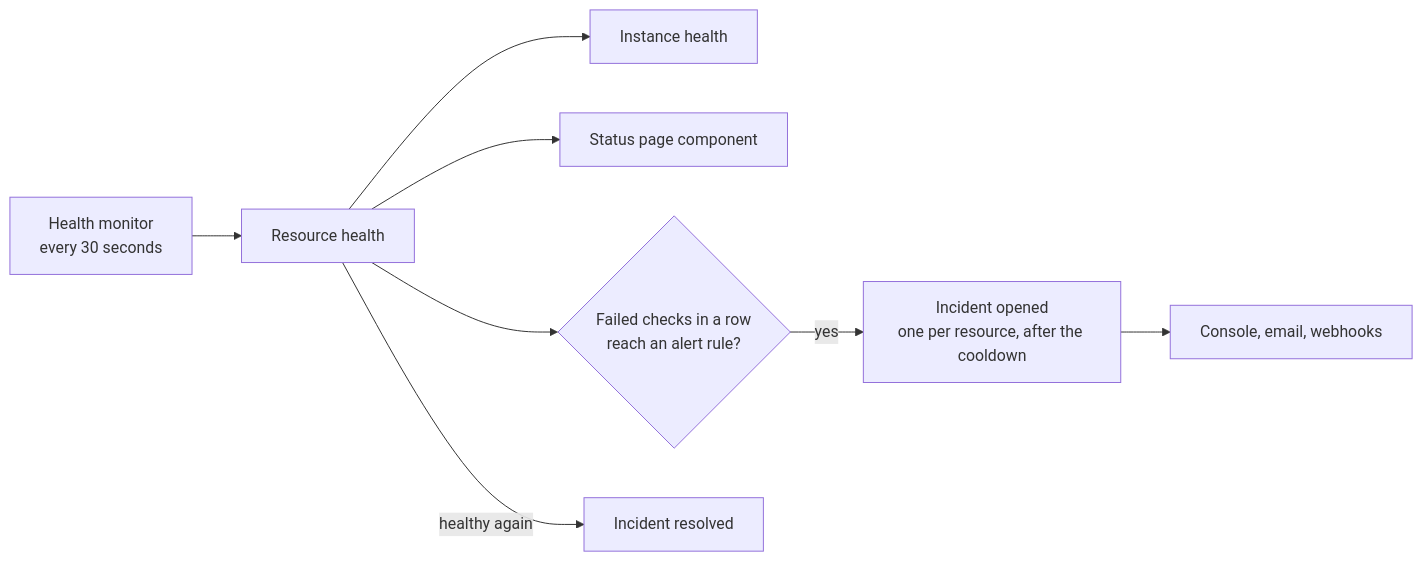
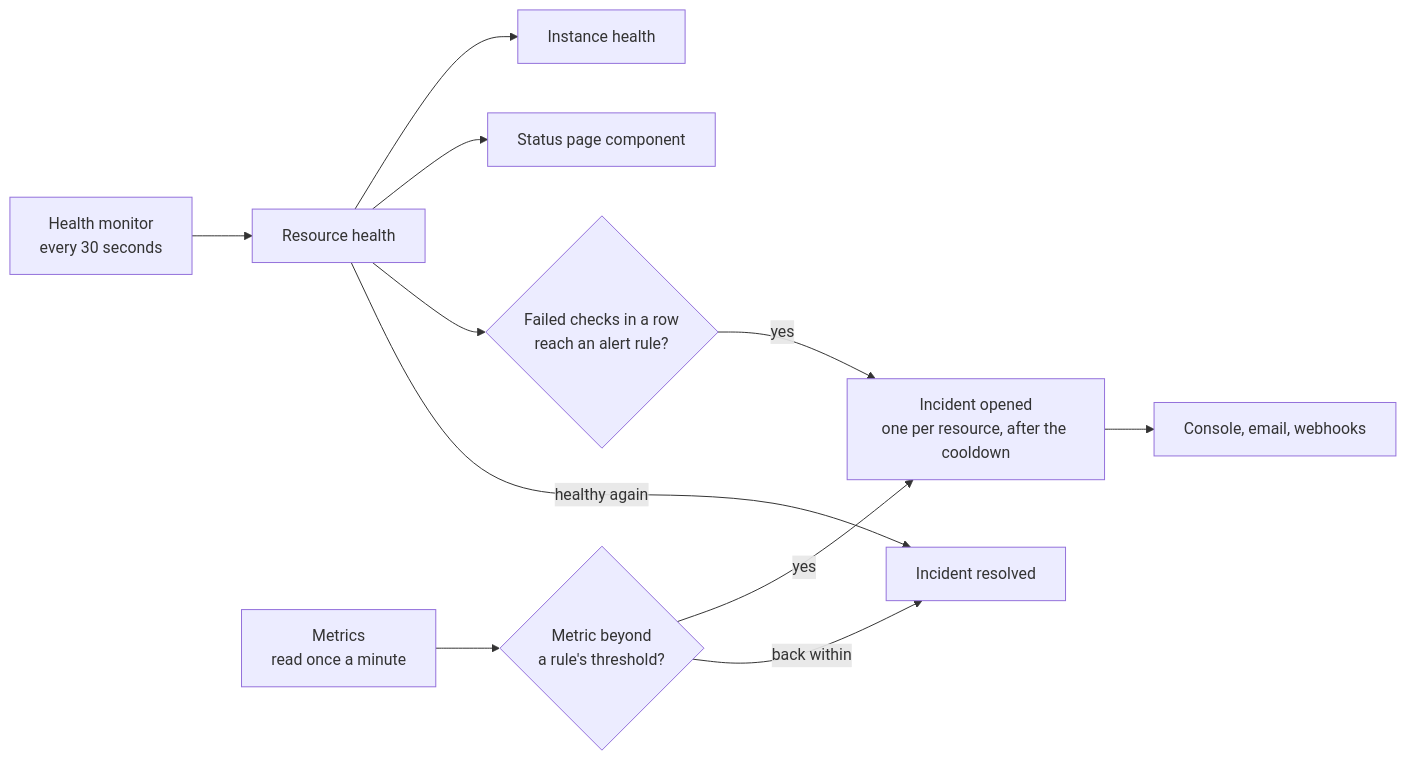
Before and after one commit to orkstage/orkstage-site: the diagram in content/docs/user-guide/status-and-incidents.mdx, drawn with Mermaid. The commit also changed other lines of this file and 17 other files, not shown here.

First line of the commit message:
docs: alert rules, metric alerts and AWS metrics; fresh screenshots (#70)

````diff
--- a/content/docs/user-guide/status-and-incidents.mdx
+++ b/content/docs/user-guide/status-and-incidents.mdx
@@ -8,10 +8,13 @@
 ```mermaid
 flowchart LR
   monitor["Health monitor<br/>every 30 seconds"] --> resource["Resource health"]
   resource --> instance["Instance health"]
   resource --> component["Status page component"]
   resource --> rules{"Failed checks in a row<br/>reach an alert rule?"}
+  metrics["Metrics<br/>read once a minute"] --> mrules{"Metric beyond<br/>a rule's threshold?"}
   rules -->|yes| incident["Incident opened<br/>one per resource, after the cooldown"]
+  mrules -->|yes| incident
   incident --> notify["Console, email, webhooks"]
   resource -->|"healthy again"| resolved["Incident resolved"]
+  mrules -->|"back within"| resolved
 ```
````
